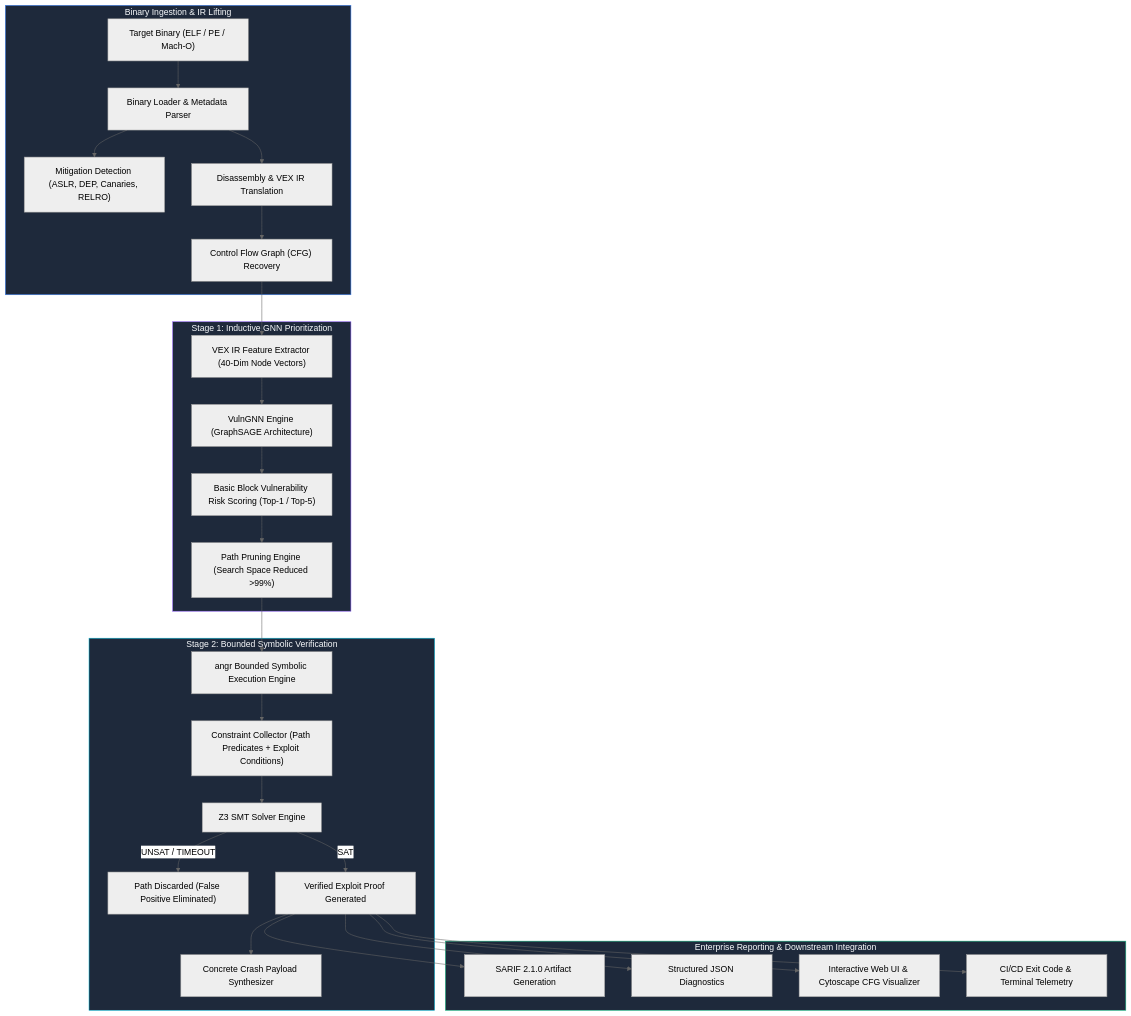
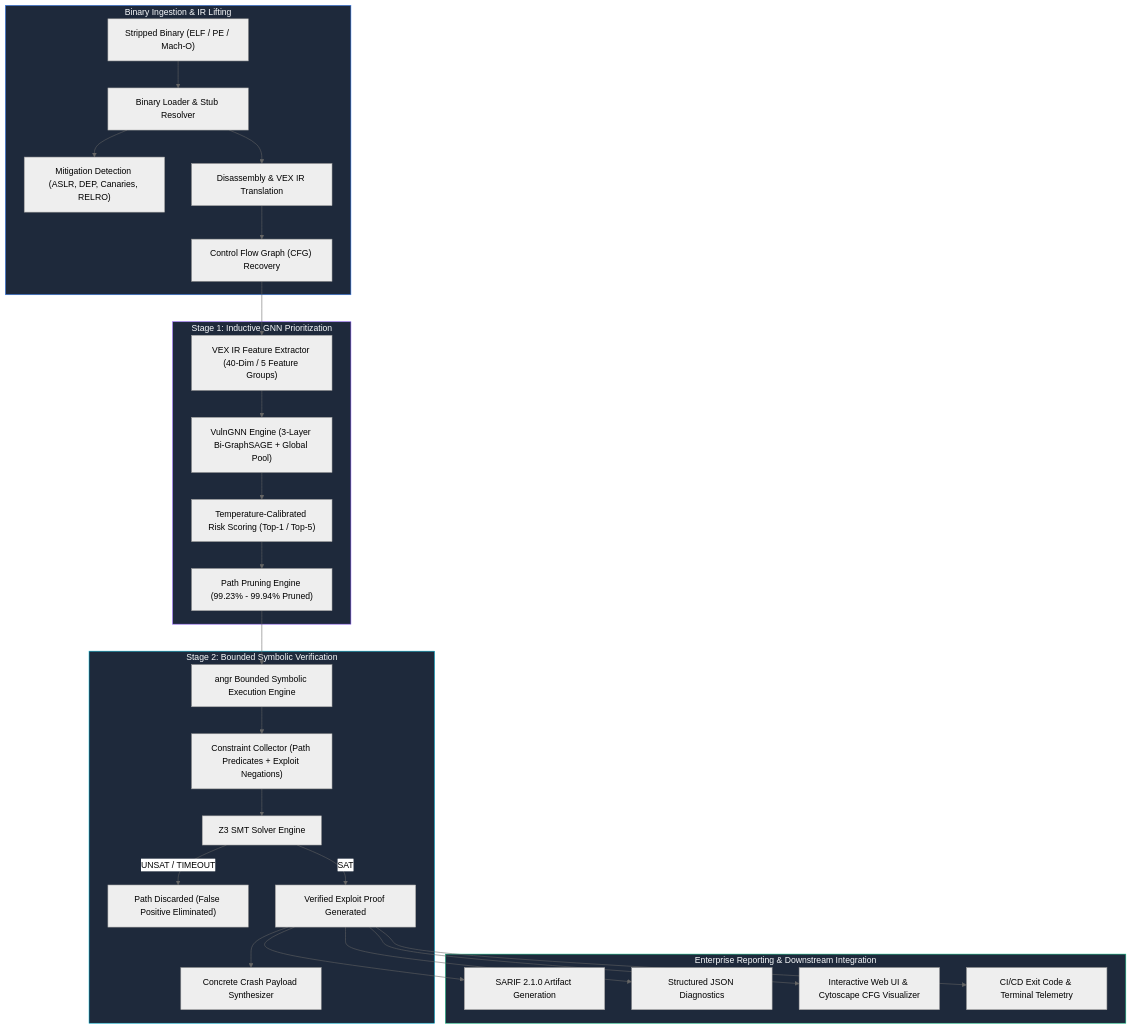
One commit to youknowme19/graph_z3 changed the diagram in README.md. Above: the diagram before and after it, drawn with Mermaid (neutral theme). The commit also changed other lines of this file and 112 other files, not shown here.

````diff
--- a/README.md
+++ b/README.md
@@ -29,37 +29,37 @@
 ```mermaid
 flowchart TD
     subgraph INGESTION["Binary Ingestion & IR Lifting"]
-        BIN["Target Binary (ELF / PE / Mach-O)"] --> LOADER["Binary Loader & Metadata Parser"]
+        BIN["Stripped Binary (ELF / PE / Mach-O)"] --> LOADER["Binary Loader & Stub Resolver"]
         LOADER --> MITIGATIONS["Mitigation Detection (ASLR, DEP, Canaries, RELRO)"]
         LOADER --> DISASM["Disassembly & VEX IR Translation"]
         DISASM --> CFG["Control Flow Graph (CFG) Recovery"]
     end
 
     subgraph STAGE1["Stage 1: Inductive GNN Prioritization"]
-        CFG --> FEAT["VEX IR Feature Extractor (40-Dim Node Vectors)"]
-        FEAT --> GNN["VulnGNN Engine (GraphSAGE Architecture)"]
-        GNN --> SCORES["Basic Block Vulnerability Risk Scoring (Top-1 / Top-5)"]
-        SCORES --> PRUNER["Path Pruning Engine (Search Space Reduced >99%)"]
+        CFG --> FEAT["VEX IR Feature Extractor (40-Dim / 5 Feature Groups)"]
+        FEAT --> GNN["VulnGNN Engine (3-Layer Bi-GraphSAGE + Global Pool)"]
+        GNN --> SCORES["Temperature-Calibrated Risk Scoring (Top-1 / Top-5)"]
+        SCORES --> PRUNER["Path Pruning Engine (99.23% - 99.94% Pruned)"]
     end
 
     subgraph STAGE2["Stage 2: Bounded Symbolic Verification"]
         PRUNER --> SE_ENGINE["angr Bounded Symbolic Execution Engine"]
-        SE_ENGINE --> SMT_FORMULA["Constraint Collector (Path Predicates + Exploit Conditions)"]
+        SE_ENGINE --> SMT_FORMULA["Constraint Collector (Path Predicates + Exploit Negations)"]
         SMT_FORMULA --> Z3["Z3 SMT Solver Engine"]
         Z3 -->|UNSAT / TIMEOUT| REJECT["Path Discarded (False Positive Eliminated)"]
         Z3 -->|SAT| PROOF["Verified Exploit Proof Generated"]
         PROOF --> SYNTH["Concrete Crash Payload Synthesizer"]
     end
 
     subgraph OUTPUT["Enterprise Reporting & Downstream Integration"]
         PROOF --> SARIF["SARIF 2.1.0 Artifact Generation"]
         PROOF --> JSON["Structured JSON Diagnostics"]
         PROOF --> DASHBOARD["Interactive Web UI & Cytoscape CFG Visualizer"]
         PROOF --> CLI_LOG["CI/CD Exit Code & Terminal Telemetry"]
     end
 
     style INGESTION fill:#1e293b,stroke:#3b82f6,stroke-width:1px,color:#f8fafc
     style STAGE1 fill:#1e293b,stroke:#8b5cf6,stroke-width:1px,color:#f8fafc
     style STAGE2 fill:#1e293b,stroke:#06b6d4,stroke-width:1px,color:#f8fafc
     style OUTPUT fill:#1e293b,stroke:#10b981,stroke-width:1px,color:#f8fafc
 ```
````
